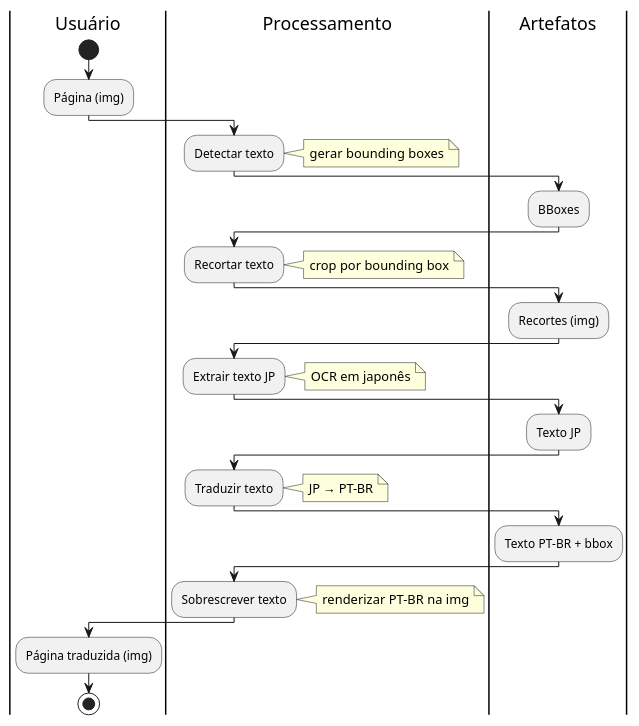
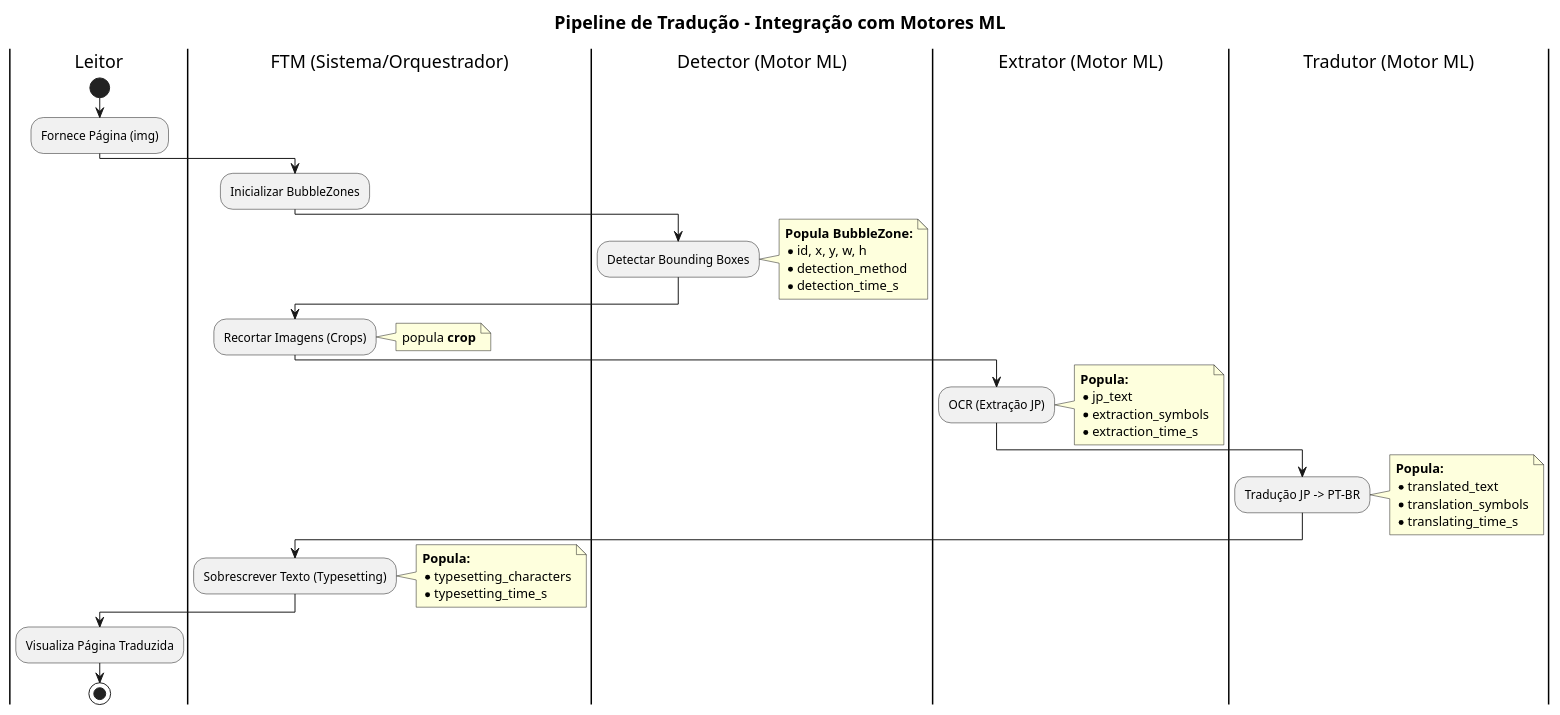
The diagram in benchmarks/diagrams/activity.pu (Chipskein/ftm), drawn with PlantUML before and after one commit. The commit also changed 1 other file, not shown here.

```diff
--- a/benchmarks/diagrams/activity.pu
+++ b/benchmarks/diagrams/activity.pu
@@ -1,42 +1,58 @@
 @startuml
-|Usuário|
+skinparam handwritten false
+skinparam shadowing false
+skinparam DefaultFontName "Segoe UI"
+skinparam TitleFontSize 18
+
+title Pipeline de Tradução - Integração com Motores ML
+
+|Leitor|
 start
-:Página (img);
+:Fornece Página (img);
 
-|Processamento|
-:Detectar texto;
-note right: gerar bounding boxes
+|FTM (Sistema/Orquestrador)|
+:Inicializar BubbleZones;
 
-|Artefatos|
-:BBoxes;
+|Detector (Motor ML)|
+:Detectar Bounding Boxes;
+note right
+  **Popula BubbleZone:**
+  * id, x, y, w, h
+  * detection_method
+  * detection_time_s
+end note
 
-|Processamento|
-:Recortar texto;
-note right: crop por bounding box
+|FTM (Sistema/Orquestrador)|
+:Recortar Imagens (Crops);
+note right: popula **crop**
 
-|Artefatos|
-:Recortes (img);
+|Extrator (Motor ML)|
+:OCR (Extração JP);
+note right
+  **Popula:**
+  * jp_text
+  * extraction_symbols
+  * extraction_time_s
+end note
 
-|Processamento|
-:Extrair texto JP;
-note right: OCR em japonês
+|Tradutor (Motor ML)|
+:Tradução JP -> PT-BR;
+note right
+  **Popula:**
+  * translated_text
+  * translation_symbols
+  * translating_time_s
+end note
 
-|Artefatos|
-:Texto JP;
+|FTM (Sistema/Orquestrador)|
+:Sobrescrever Texto (Typesetting);
+note right
+  **Popula:**
+  * typesetting_characters
+  * typesetting_time_s
+end note
 
-|Processamento|
-:Traduzir texto;
-note right: JP → PT-BR
-
-|Artefatos|
-:Texto PT-BR + bbox;
-
-|Processamento|
-:Sobrescrever texto;
-note right: renderizar PT-BR na img
-
-|Usuário|
-:Página traduzida (img);
+|Leitor|
+:Visualiza Página Traduzida;
 stop
-
 @enduml
```
